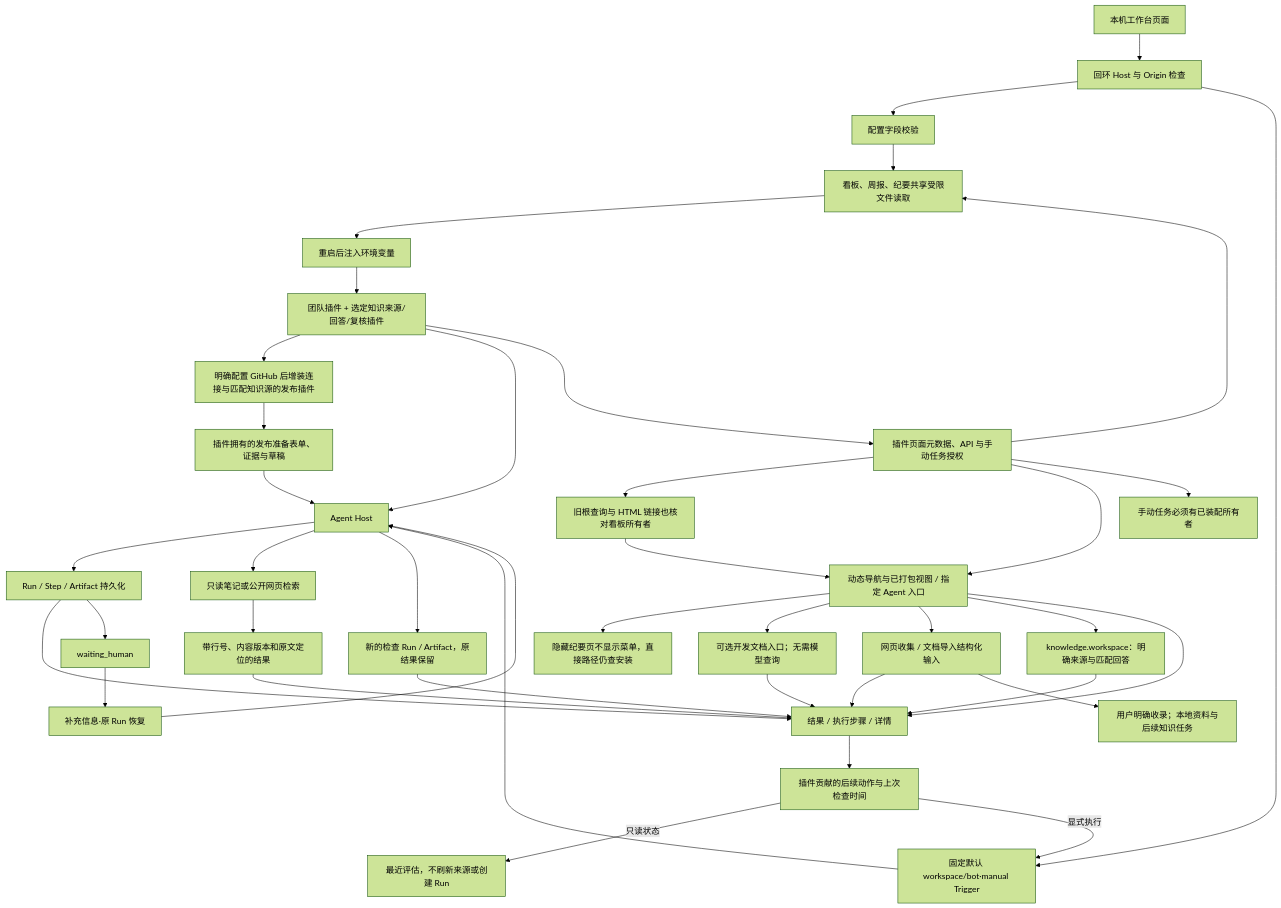
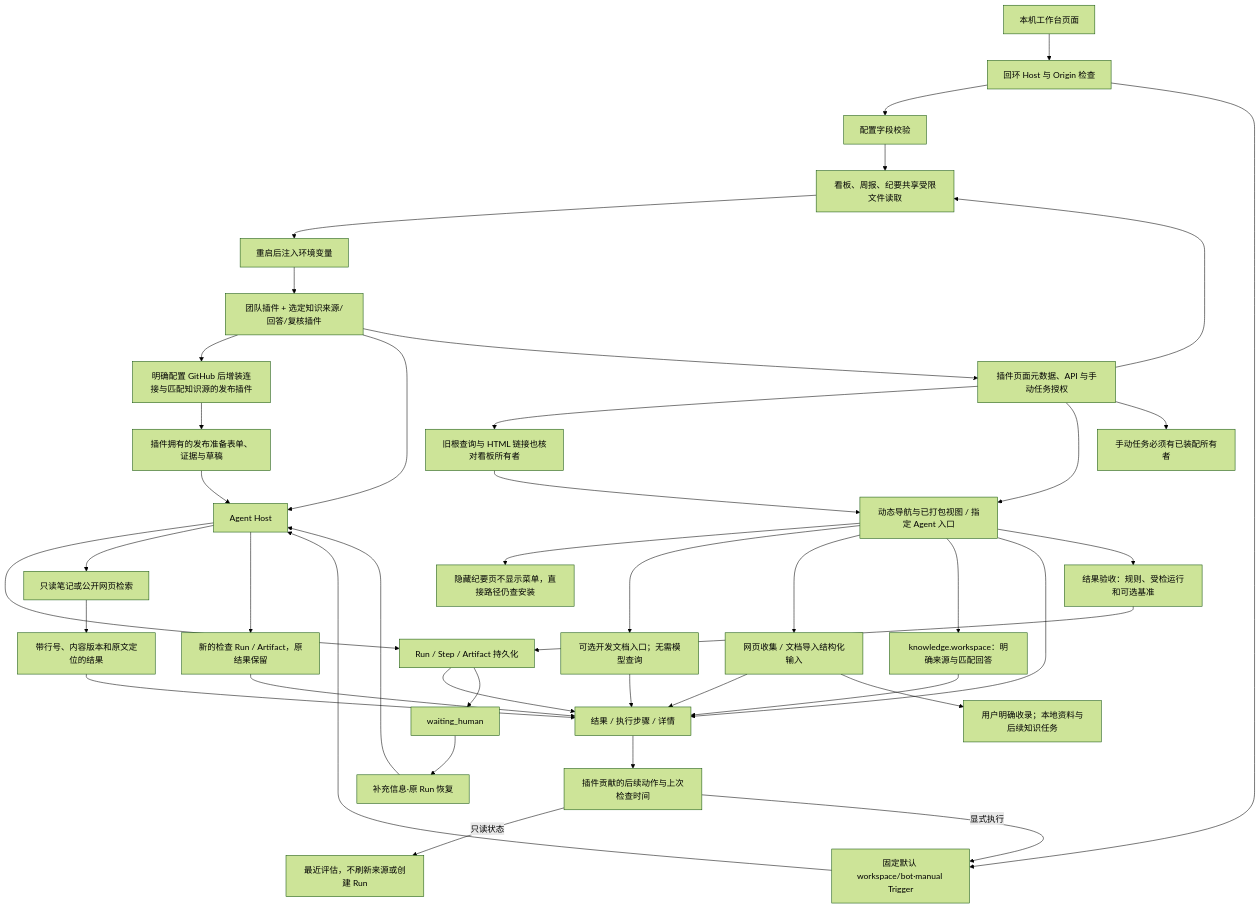
One commit to KlayPeter/AI-Delivery-Ops-Agent changed the diagram in backend/src/platform/workspace/FEATURE.md. Above: the diagram before and after it, drawn with Mermaid (forest theme). The commit also changed other lines of this file and 27 other files, not shown here.

````diff
--- a/backend/src/platform/workspace/FEATURE.md
+++ b/backend/src/platform/workspace/FEATURE.md
@@ -19,42 +19,44 @@
 ```mermaid
 flowchart TD
     UI[本机工作台页面] --> G[回环 Host 与 Origin 检查]
     G --> CFG[配置字段校验]
     CFG --> FILE[connections.json 原子写入·0600]
     FILE --> BOOT[重启后注入环境变量]
     BOOT --> PL[团队插件 + 选定知识来源/回答/复核插件]
     PL --> GH[明确配置 GitHub 后增装连接与匹配知识源的发布插件]
     GH --> RP[插件拥有的发布准备表单、证据与草稿]
     RP --> H
     PL --> H[Agent Host]
     G --> T[固定默认 workspace/bot·manual Trigger]
     T --> H
     H --> R[Run / Step / Artifact 持久化]
     R --> V[结果 / 执行步骤 / 详情]
     R --> WAIT[waiting_human]
     WAIT --> REPLY[补充信息·原 Run 恢复]
     REPLY --> H
     H --> K[只读笔记或公开网页检索]
     K --> EV[带行号、内容版本和原文定位的结果]
     EV --> V
     PL --> WEB[插件页面元数据、API 与手动任务授权]
     WEB --> ALIAS[旧根查询与 HTML 链接也核对看板所有者]
     ALIAS --> NAV
     WEB --> NAV[动态导航与已打包视图 / 指定 Agent 入口]
     NAV --> HIDDEN[隐藏纪要页不显示菜单，直接路径仍查安装]
     WEB --> FILE[看板、周报、纪要共享受限文件读取]
     NAV --> C7[可选开发文档入口；无需模型查询]
     C7 --> V
     NAV --> COL[网页收集 / 文档导入结构化输入]
     COL --> V
     NAV --> KW[knowledge.workspace：明确来源与匹配回答]
     KW --> V
     NAV --> V
     WEB --> JOBS[手动任务必须有已装配所有者]
     V --> ACT[插件贡献的后续动作与上次检查时间]
     ACT -- 只读状态 --> KV[最近评估，不刷新来源或创建 Run]
     ACT -- 显式执行 --> T
     H --> CHECK[新的检查 Run / Artifact，原结果保留]
     CHECK --> V
     COL --> KLIB[用户明确收录；本地资料与后续知识任务]
+    NAV --> QCP[结果验收：规则、受检运行和可选基准]
+    QCP --> R
 ```
````
